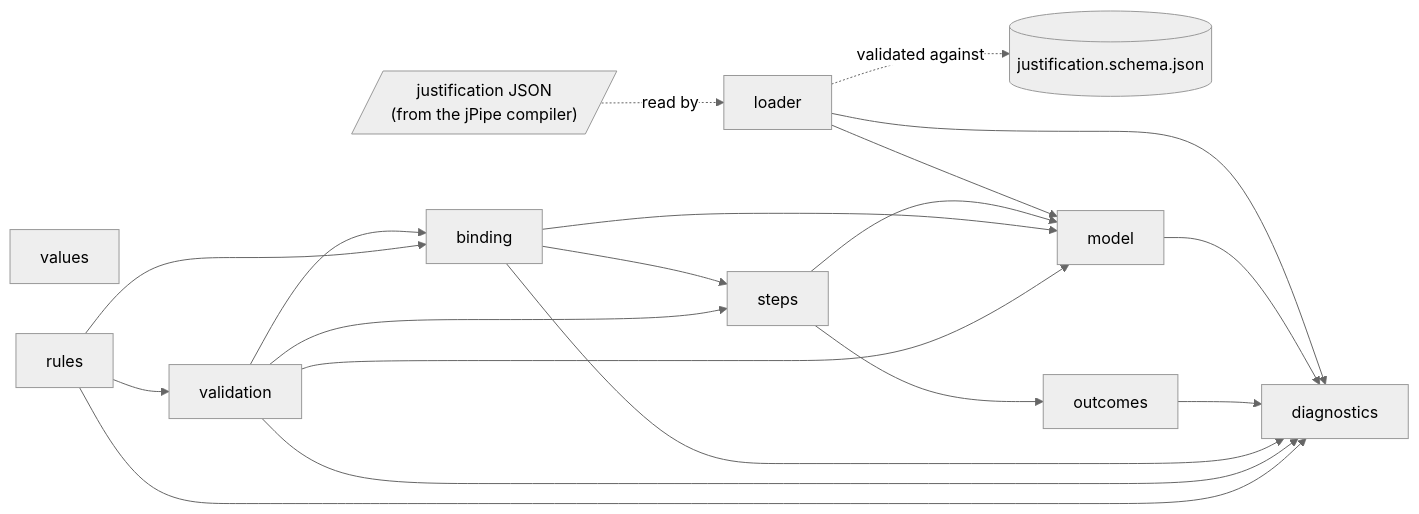
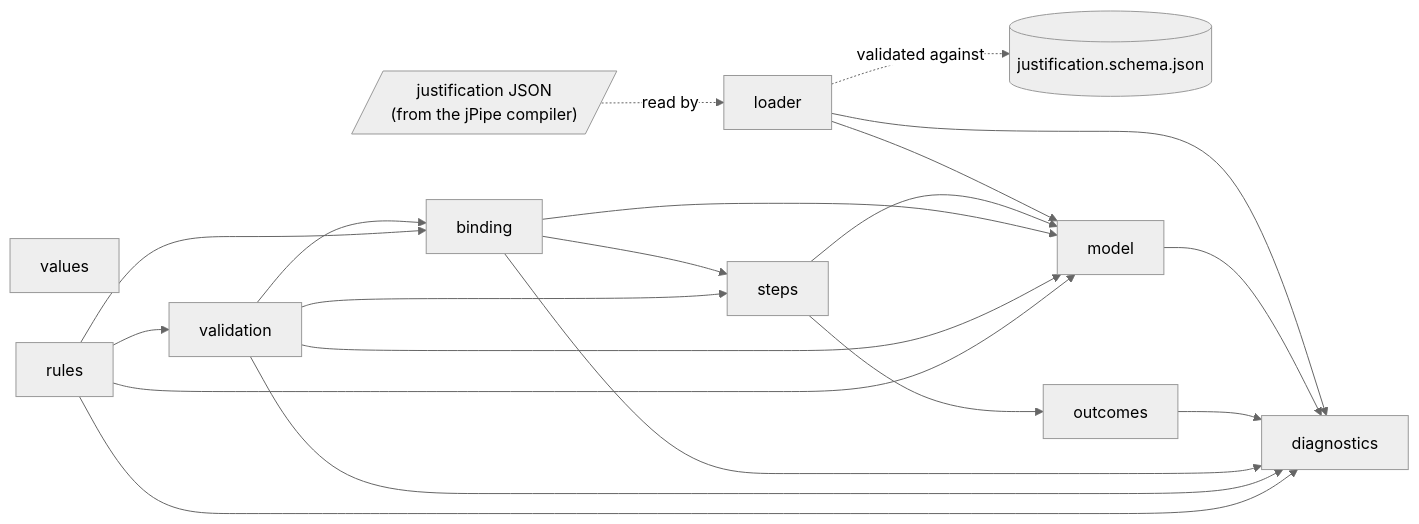
One commit to jpipe-mcscert/jpipe-runner changed the first of 2 diagrams in docs/design.md. Above: the diagram before and after it, drawn with Mermaid (neutral theme). The commit also changed other lines of this file and 26 other files, not shown here.

````diff
--- a/docs/design.md
+++ b/docs/design.md
@@ -8,25 +8,26 @@
 ```mermaid
 flowchart LR
     json[/"justification JSON<br>(from the jPipe compiler)"/]
     schema[("justification.schema.json")]
 
     json -.->|read by| loader
     loader -.->|validated against| schema
     loader --> model
     loader --> diagnostics
     model --> diagnostics
     outcomes --> diagnostics
     steps --> model
     steps --> outcomes
     values[values]
     binding --> model
     binding --> steps
     binding --> diagnostics
     validation --> binding
     validation --> model
     validation --> steps
     validation --> diagnostics
     rules --> validation
     rules --> binding
+    rules --> model
     rules --> diagnostics
 ```
````
